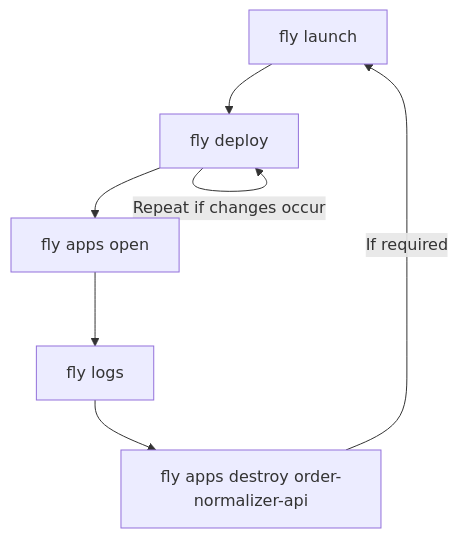
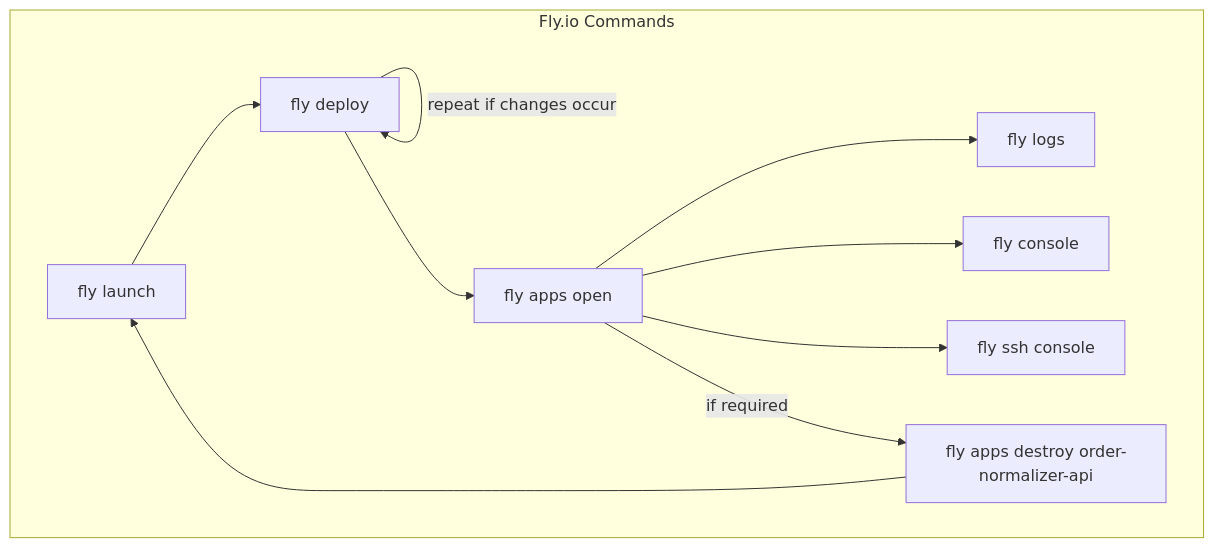
The third of 4 diagrams in README.md (enogrob/order_normalizer_api), drawn with Mermaid before and after one commit. The commit also changed other lines of this file, not shown here.

Commit message:
readme-improvements

````diff
--- a/README.md
+++ b/README.md
@@ -170,9 +370,21 @@
 ```mermaid
-flowchart TD
-    A[fly launch] --> B[fly deploy]
-    B -->|Repeat if changes occur| B
-    B --> C[fly apps open]
-    C --> D[fly logs]
-    D --> E[fly apps destroy order-normalizer-api]
-    E -->|If required| A
+graph TD
+    subgraph Fly.io Commands
+        A[fly launch]
+        B[fly deploy]
+        C[fly apps open]
+        D[fly logs]
+        E[fly apps destroy order-normalizer-api]
+        F[fly ssh console]
+        G[fly console]
+
+        A --> B
+        B --> C
+        B --> |repeat if changes occur| B
+        C --> D
+        C --> G
+        C --> F
+        C --> |if required| E
+        E --> A
+    end
 ```
````
